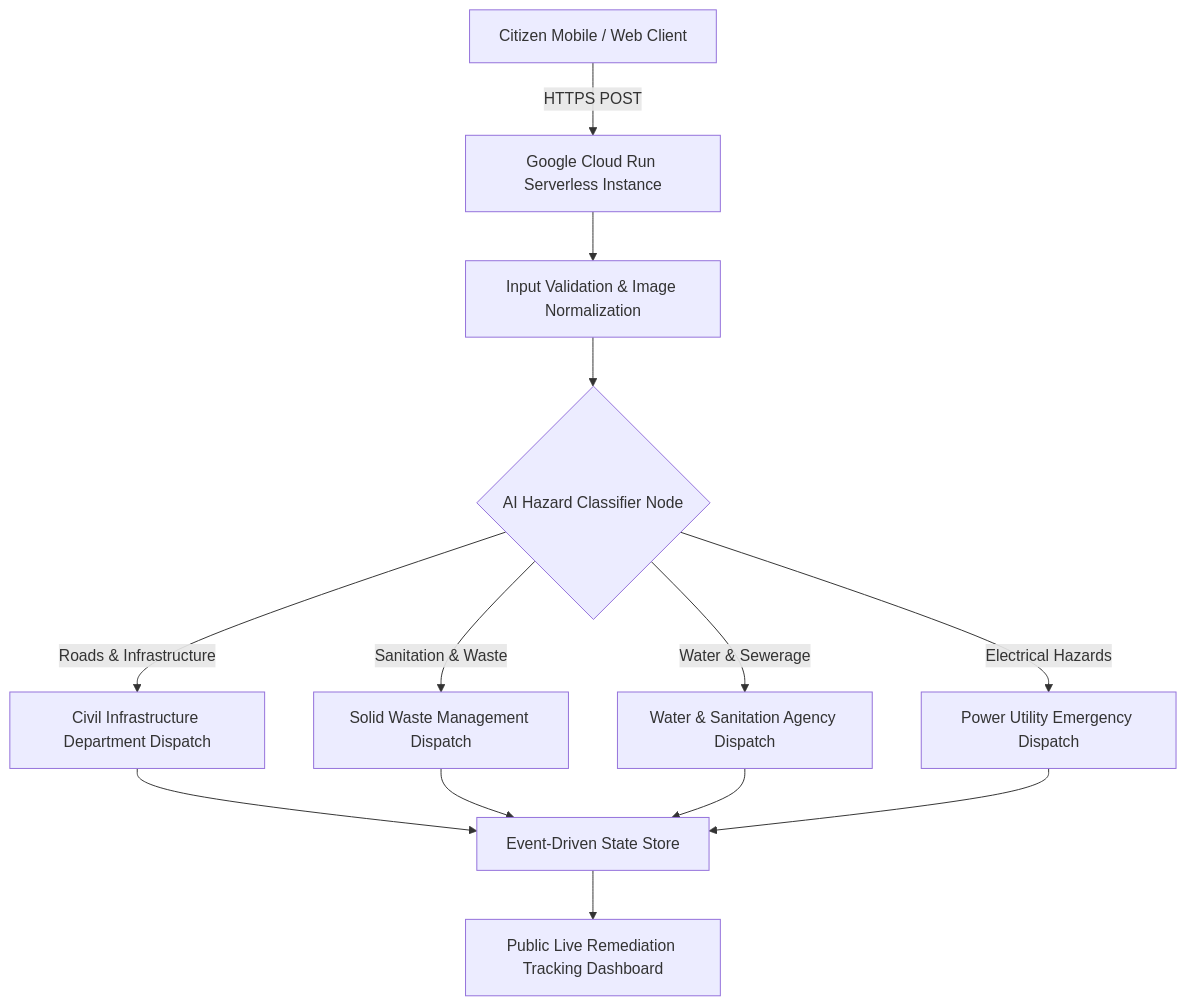
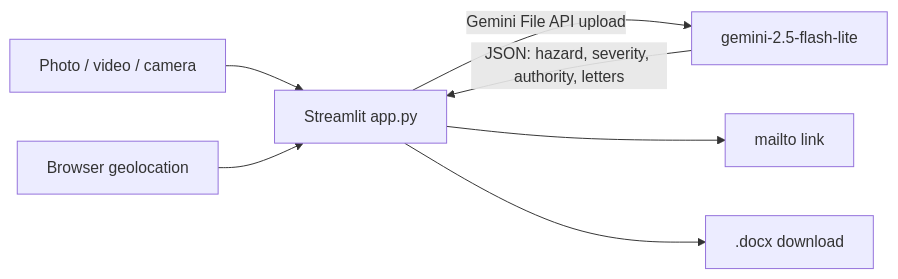
One commit to HamzaKhanBUIC/TheekKaro.ai changed the diagram in README.md. Above: the diagram before and after it, drawn with Mermaid. The commit also changed other lines of this file and 1 other file, not shown here.

````diff
--- a/README.md
+++ b/README.md
@@ -28,15 +19,9 @@
 ```mermaid
-graph TD
-    A[Citizen Mobile / Web Client] -->|HTTPS POST| B[Google Cloud Run Serverless Instance]
-    B --> C[Input Validation & Image Normalization]
-    C --> D{AI Hazard Classifier Node}
-    D -->|Roads & Infrastructure| E[Civil Infrastructure Department Dispatch]
-    D -->|Sanitation & Waste| F[Solid Waste Management Dispatch]
-    D -->|Water & Sewerage| G[Water & Sanitation Agency Dispatch]
-    D -->|Electrical Hazards| H[Power Utility Emergency Dispatch]
-    E --> I[Event-Driven State Store]
-    F --> I
-    G --> I
-    H --> I
-    I --> J[Public Live Remediation Tracking Dashboard]
+graph LR
+    A[Photo / video / camera] --> B[Streamlit app.py]
+    L[Browser geolocation] --> B
+    B -->|Gemini File API upload| C[gemini-2.5-flash-lite]
+    C -->|JSON: hazard, severity, authority, letters| B
+    B --> D[mailto link]
+    B --> E[.docx download]
 ```
````
